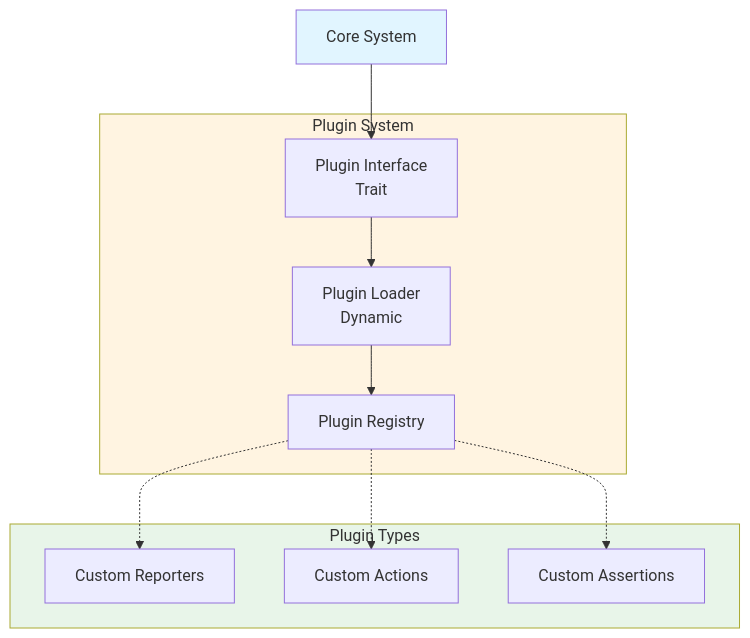
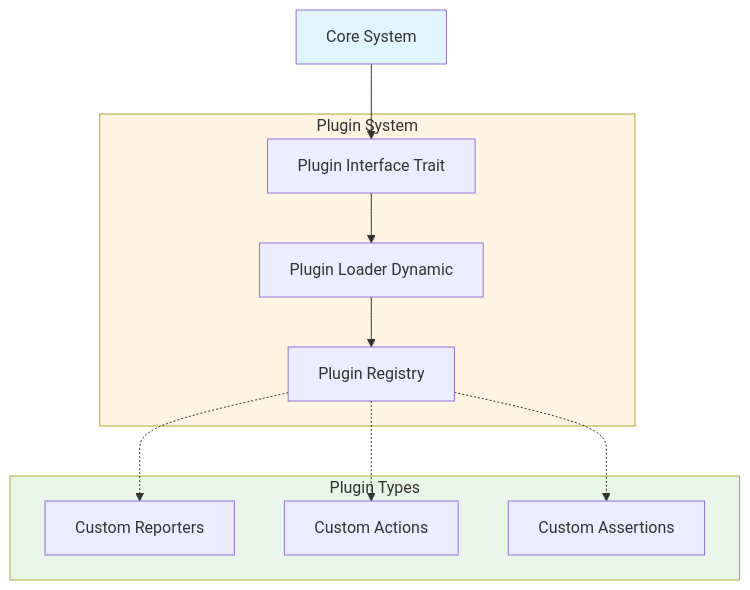
Before and after one commit to softwarewrighter/ui-test-rs: diagram 14 of 14 in wiki/Architecture.md, drawn with Mermaid. The commit also changed other lines of this file and 10 other files, not shown here.

First line of the commit message:
Fix wiki Mermaid diagrams: remove <br/> tags

````diff
--- a/wiki/Architecture.md
+++ b/wiki/Architecture.md
@@ -467,28 +467,28 @@
 ```mermaid
 flowchart TB
     Core[Core System]
 
     subgraph Plugins["Plugin System"]
-        Interface[Plugin Interface<br/>Trait]
-        Loader4[Plugin Loader<br/>Dynamic]
+        Interface[Plugin Interface Trait]
+        Loader4[Plugin Loader Dynamic]
         Registry[Plugin Registry]
     end
 
     subgraph PluginTypes["Plugin Types"]
         Reporter3[Custom Reporters]
         Actions2[Custom Actions]
         Assertions[Custom Assertions]
     end
 
     Core --> Interface
     Interface --> Loader4
     Loader4 --> Registry
 
     Registry -.-> Reporter3
     Registry -.-> Actions2
     Registry -.-> Assertions
 
     style Core fill:#e1f5ff
     style Plugins fill:#fff4e1
     style PluginTypes fill:#e8f5e9
 ```
````
